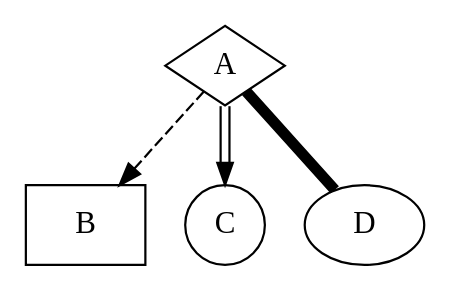
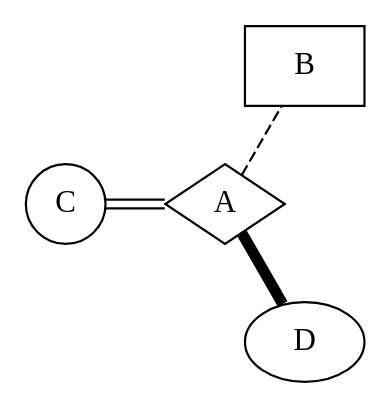
The diagram in docs/test.dot (jbms/sphinx-immaterial), drawn with Graphviz before and after one commit. The commit also changed 1 other file, not shown here.

Commit message:
chang dot file to radial graph
ensure dot files checkout with LF using .gitattributes

```diff
--- a/docs/test.dot
+++ b/docs/test.dot
@@ -1,12 +1,14 @@
-digraph D {
+graph D {
+  // use a radial layout (because mermaid.js cannot)
+  layout=twopi
 
   A [shape=diamond]
   B [shape=box]
   C [shape=circle]
 
-  A -> B [style=dashed]
+  A -- B [style=dashed]
   // edge using a static color with transparent fill
-  A -> C [color="black:invis:black"]
-  A -> D [penwidth=5, arrowhead=none]
+  A -- C [color="black:invis:black"]
+  A -- D [penwidth=5, arrowhead=none]
 
 }
```
